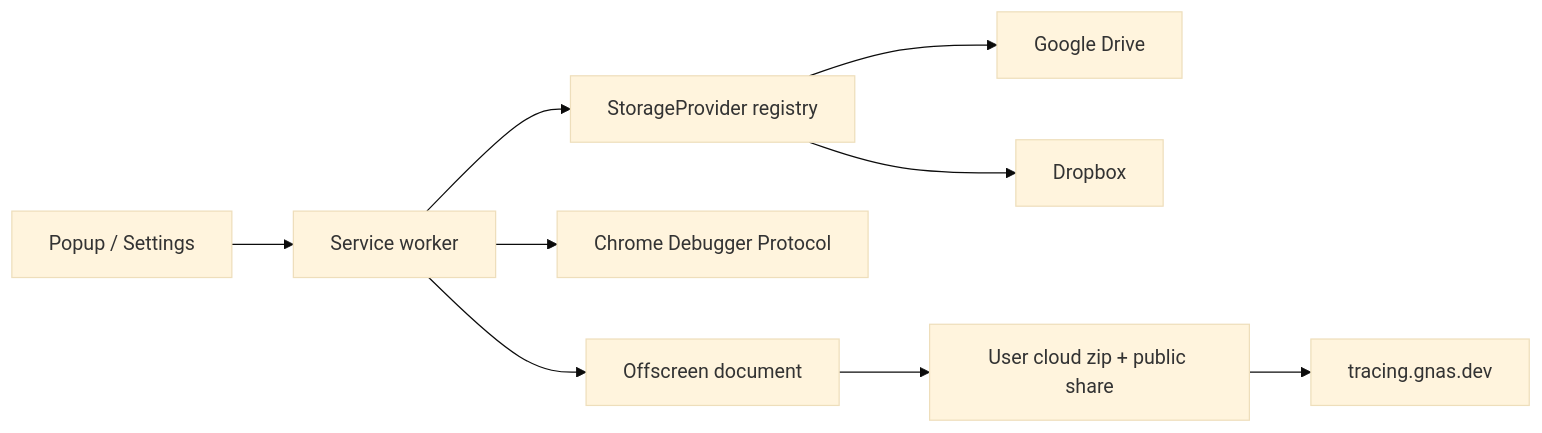
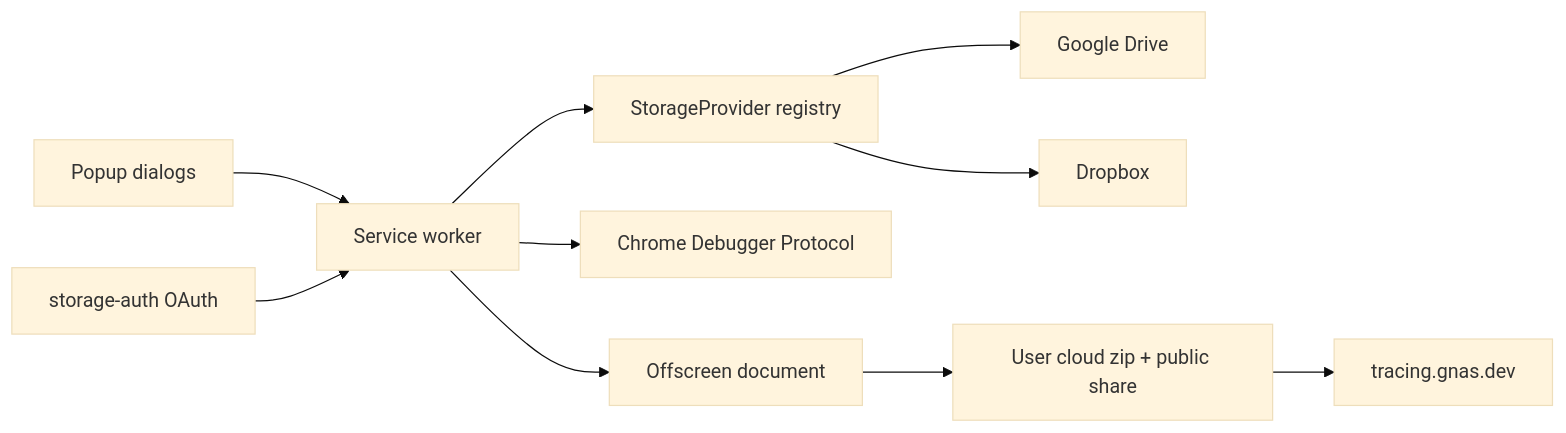
One commit to gnasdev/gn-tracing changed the diagram in DEVELOPER.md. Above: the diagram before and after it, drawn with Mermaid (base theme). The commit also changed other lines of this file and 31 other files, not shown here.

First line of the commit message:
feat(popup): fold settings and history into in-popup dialogs

````diff
--- a/DEVELOPER.md
+++ b/DEVELOPER.md
@@ -41,11 +41,12 @@
 ```mermaid
 flowchart LR
-  Popup["Popup / Settings"] --> SW["Service worker"]
+  Popup["Popup dialogs"] --> SW["Service worker"]
+  StorageAuth["storage-auth OAuth"] --> SW
   SW --> Registry["StorageProvider registry"]
   Registry --> G["Google Drive"]
   Registry --> D["Dropbox"]
   SW --> CDP["Chrome Debugger Protocol"]
   SW --> Offscreen["Offscreen document"]
   Offscreen --> Cloud["User cloud zip + public share"]
   Cloud --> Player["tracing.gnas.dev"]
 ```
````
